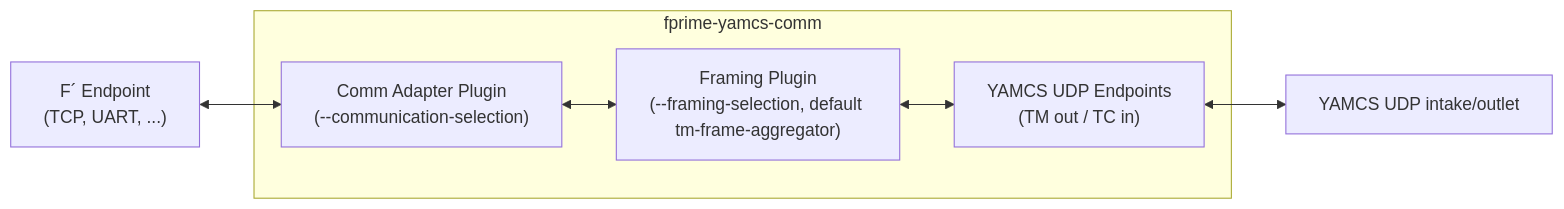
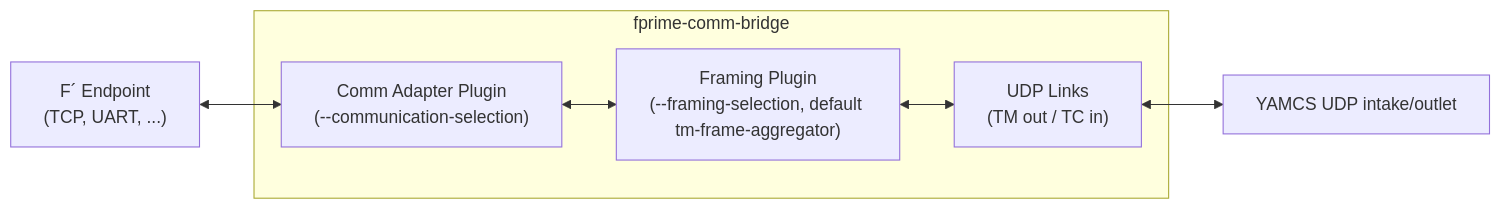
The first of 2 diagrams in README.md (JPL-Devin/fprime-yamcs), drawn with Mermaid before and after one commit. The commit also changed other lines of this file and 9 other files, not shown here.

First line of the commit message:
Use fprime-comm-bridge from fprime-gds instead of fprime-yamcs-comm

````diff
--- a/README.md
+++ b/README.md
@@ -101,12 +89,12 @@
 ```mermaid
 flowchart LR
-    subgraph COMM["fprime-yamcs-comm"]
+    subgraph COMM["fprime-comm-bridge"]
         ADPT["Comm Adapter Plugin<br/>(--communication-selection)"]
         FRAME["Framing Plugin<br/>(--framing-selection, default tm-frame-aggregator)"]
-        UDP["YAMCS UDP Endpoints<br/>(TM out / TC in)"]
+        UDP["UDP Links<br/>(TM out / TC in)"]
         ADPT <--> FRAME
         FRAME <--> UDP
     end
     EP["F´ Endpoint<br/>(TCP, UART, ...)"] <--> ADPT
     UDP <--> YAMCS["YAMCS UDP intake/outlet"]
 ```
````
